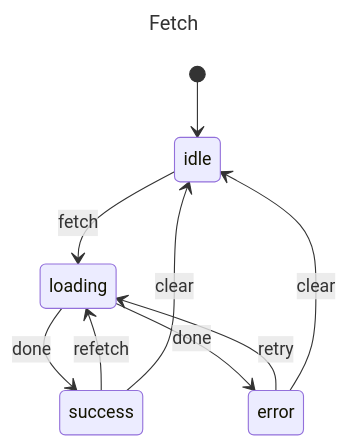
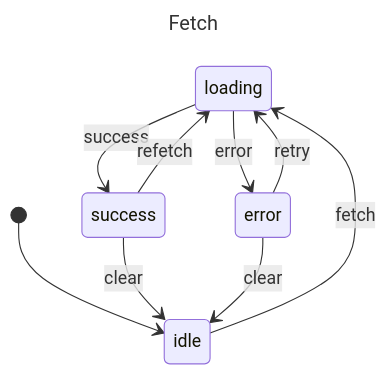
One commit to Masquerade-Circus/x-robot changed the second of 4 diagrams in docs/recipes/api-fetch.md. Above: the diagram before and after it, drawn with Mermaid. The commit also changed other lines of this file and 145 other files, not shown here.

Commit message:
refactor: regenerate docs and mermaid implementation

````diff
--- a/docs/recipes/api-fetch.md
+++ b/docs/recipes/api-fetch.md
@@ -62,28 +97,31 @@
 ```mermaid
 ---
 title: Fetch
 ---
 
 stateDiagram-v2
 
 classDef danger fill:#f8d7da,stroke:#721c24,stroke-width:2px,text-align:left,color:#721c24
 classDef warning fill:#fff3cd,stroke:#856404,stroke-width:2px,text-align:left,color:#856404
 classDef success fill:#d4edda,stroke:#155724,stroke-width:2px,text-align:left,color:#155724
 classDef primary fill:#cce5ff,stroke:#004085,stroke-width:2px,text-align:left,color:#004085
 classDef info fill:#d1ecf1,stroke:#0c5460,stroke-width:2px,text-align:left,color:#0c5460
 classDef def fill:#f8f9fa,stroke:#6c757d,stroke-width:2px,text-align:left,color:#6c757d
 
 state idle
 state loading
 state success
 state error
 
+loading:  
+
 [*] --> idle
 idle --> loading: fetch
-loading --> success: done
-loading --> error: done
+loading --> success: success
+loading --> error: error
 success --> loading: refetch
 success --> idle: clear
 error --> loading: retry
 error --> idle: clear
+
 ```
````
